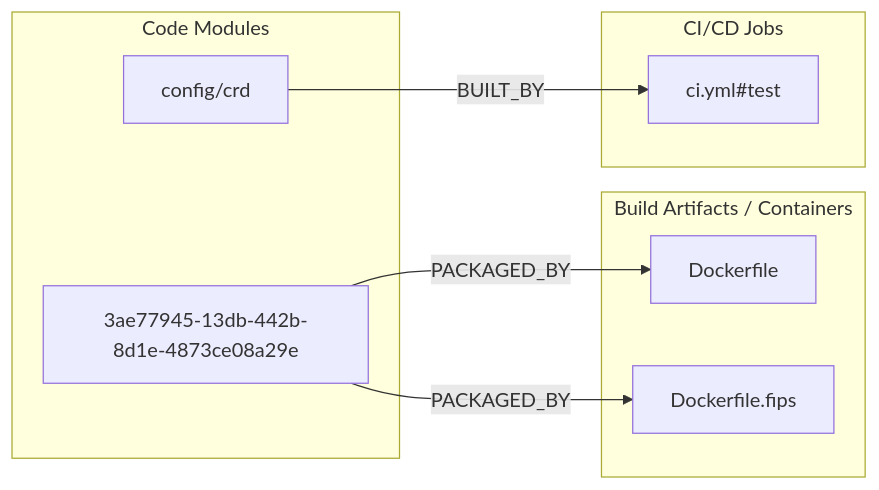
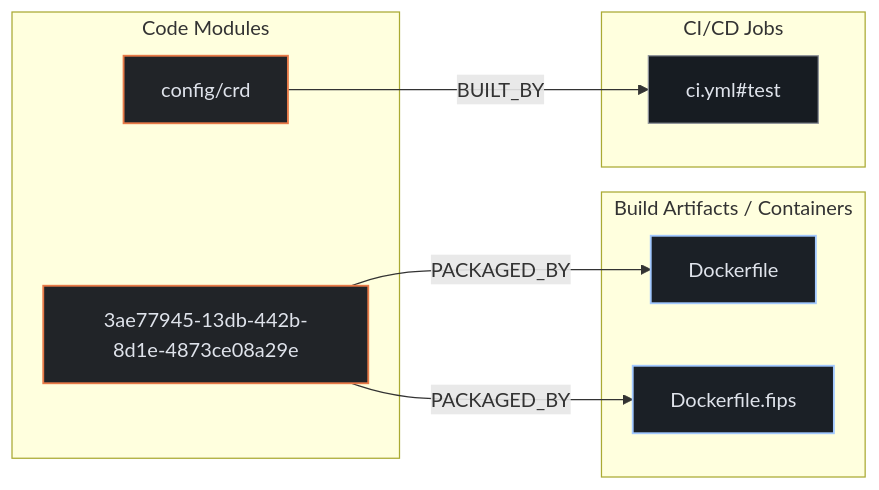
One commit to kumarshaz/atruss-code-atlas changed the second of 3 diagrams in exports/latest/reports/mattermost-mattermost-operator-report.md. Above: the diagram before and after it, drawn with Mermaid. The commit also changed other lines of this file and 331 other files, not shown here.

Commit message:
docs,ui,fix: update SDLC docs, reorder CI/CD DAG first, stylize Mermaid, and fix Arc42 pipeline topology

````diff
--- a/exports/latest/reports/mattermost-mattermost-operator-report.md
+++ b/exports/latest/reports/mattermost-mattermost-operator-report.md
@@ -219,17 +226,21 @@
 ```mermaid
 flowchart LR
+    classDef atlasCategory fill:#212428,stroke:#E87A48,stroke-width:1.5px,color:#dfe3eb
+    classDef atlasWorkflow fill:#1b2026,stroke:#a3c9ff,stroke-width:1.5px,color:#dfe3eb
+    classDef atlasJob fill:#171c22,stroke:#8d9199,stroke-width:1px,color:#dfe3eb
+    classDef atlasTarget fill:#005227,stroke:#8bd99b,stroke-width:1.5px,color:#a7f6b6
     subgraph code_modules["Code Modules"]
-        mod_3ae77945_13db_442b_8d1e_4873ce08a29e["3ae77945-13db-442b-8d1e-4873ce08a29e"]
-        mod_config_crd["config/crd"]
+        mod_3ae77945_13db_442b_8d1e_4873ce08a29e["3ae77945-13db-442b-8d1e-4873ce08a29e"]:::atlasCategory
+        mod_config_crd["config/crd"]:::atlasCategory
     end
     subgraph build_artifacts["Build Artifacts / Containers"]
-        art_Dockerfile["Dockerfile"]
-        art_Dockerfile_fips["Dockerfile.fips"]
+        art_Dockerfile["Dockerfile"]:::atlasWorkflow
+        art_Dockerfile_fips["Dockerfile.fips"]:::atlasWorkflow
     end
     subgraph ci_jobs["CI/CD Jobs"]
-        job_ci_yml_test["ci.yml#test"]
+        job_ci_yml_test["ci.yml#test"]:::atlasJob
     end
     mod_3ae77945_13db_442b_8d1e_4873ce08a29e -->|PACKAGED_BY| art_Dockerfile
     mod_3ae77945_13db_442b_8d1e_4873ce08a29e -->|PACKAGED_BY| art_Dockerfile_fips
     mod_config_crd -->|BUILT_BY| job_ci_yml_test
 ```
````
